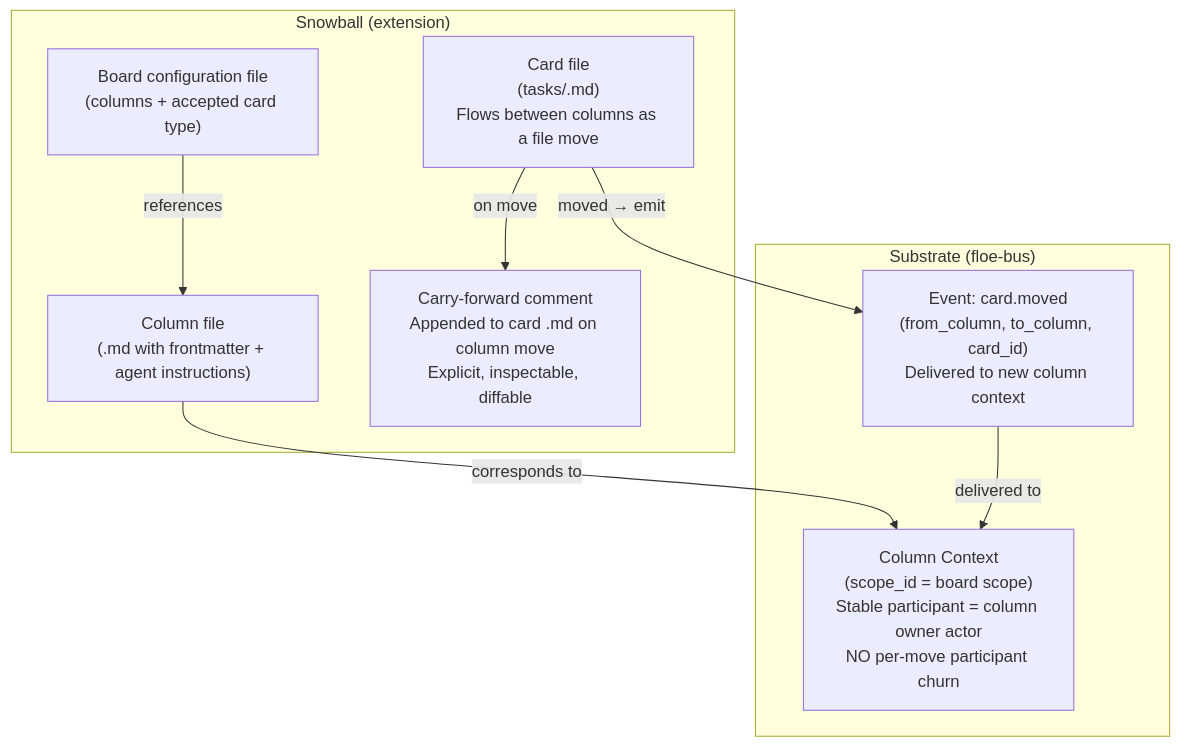
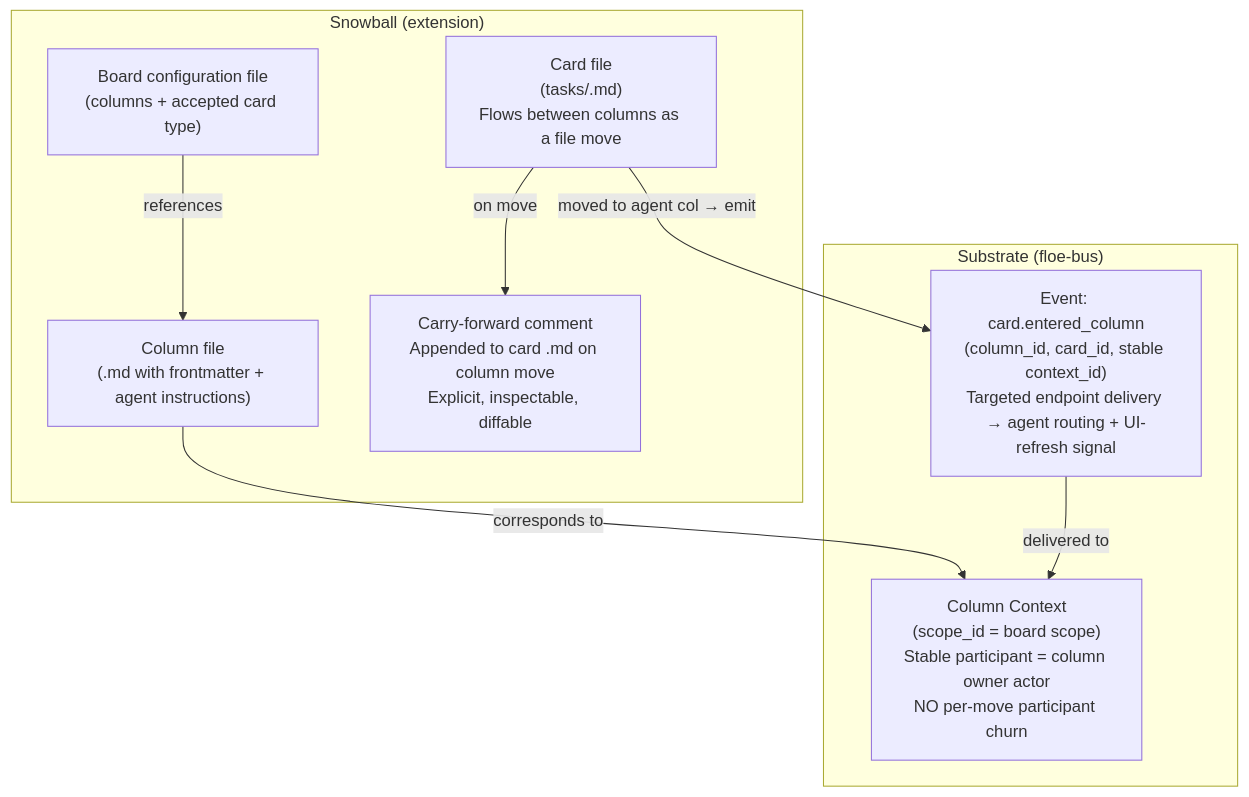
Diagram 11 of 12 in docs/architecture/overview.md (floe-ai/floe-subtrate), drawn with Mermaid before and after one commit. The commit also changed other lines of this file and 7 other files, not shown here.

First line of the commit message:
fix(snowball): stop context churn on card creation/move/criteria (#94)

````diff
--- a/docs/architecture/overview.md
+++ b/docs/architecture/overview.md
@@ -520,20 +520,20 @@
 ```mermaid
 graph TD
     subgraph SB["Snowball (extension)"]
         BOARD_CFG["Board configuration file\n(columns + accepted card type)"]
         COL_FILE["Column file\n(.md with frontmatter + agent instructions)"]
         CARD_FILE["Card file\n(tasks/<id>.md)\nFlows between columns as a file move"]
         CARRY["Carry-forward comment\nAppended to card .md on column move\nExplicit, inspectable, diffable"]
     end
 
     subgraph SUB["Substrate (floe-bus)"]
         COL_CTX["Column Context\n(scope_id = board scope)\nStable participant = column owner actor\nNO per-move participant churn"]
-        MOVE_EV["Event: card.moved\n(from_column, to_column, card_id)\nDelivered to new column context"]
+        ENTER_EV["Event: card.entered_column\n(column_id, card_id, stable context_id)\nTargeted endpoint delivery → agent routing + UI-refresh signal"]
     end
 
     BOARD_CFG -->|"references"| COL_FILE
     COL_FILE -->|"corresponds to"| COL_CTX
-    CARD_FILE -->|"moved → emit"| MOVE_EV
-    MOVE_EV -->|"delivered to"| COL_CTX
+    CARD_FILE -->|"moved to agent col → emit"| ENTER_EV
+    ENTER_EV -->|"delivered to"| COL_CTX
     CARD_FILE -->|"on move"| CARRY
 ```
````
